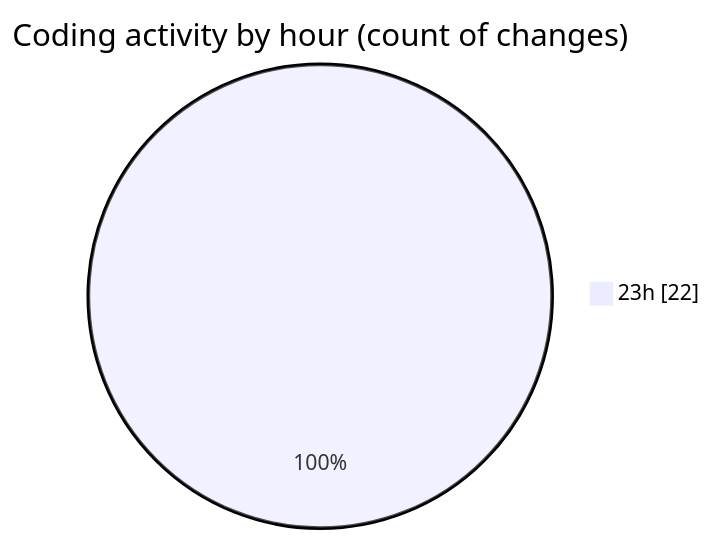
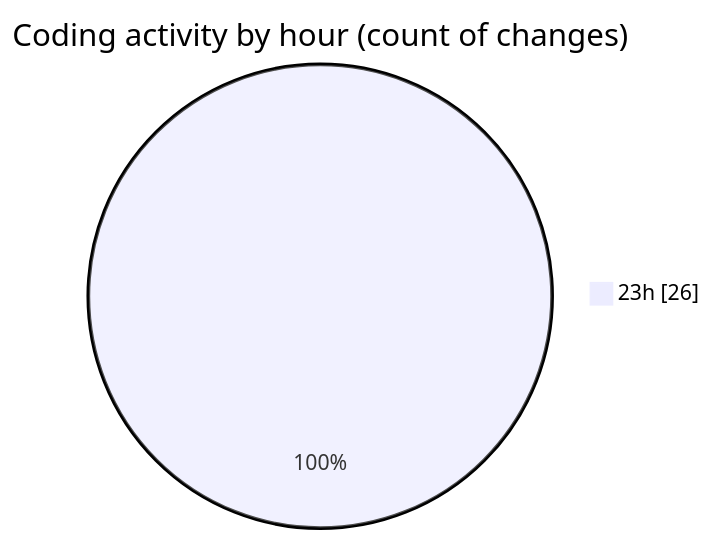
One commit to donsfak/code-tracking changed the second of 2 diagrams in 2025-02-26/drivers_app/README.md. Above: the diagram before and after it, drawn with Mermaid. The commit also changed other lines of this file and 1 other file, not shown here.

````diff
--- a/2025-02-26/drivers_app/README.md
+++ b/2025-02-26/drivers_app/README.md
@@ -33,5 +33,5 @@
 ```mermaid
 pie showData
 title Coding activity by hour (count of changes)
-"23h" : 22
+"23h" : 26
 ```
````
